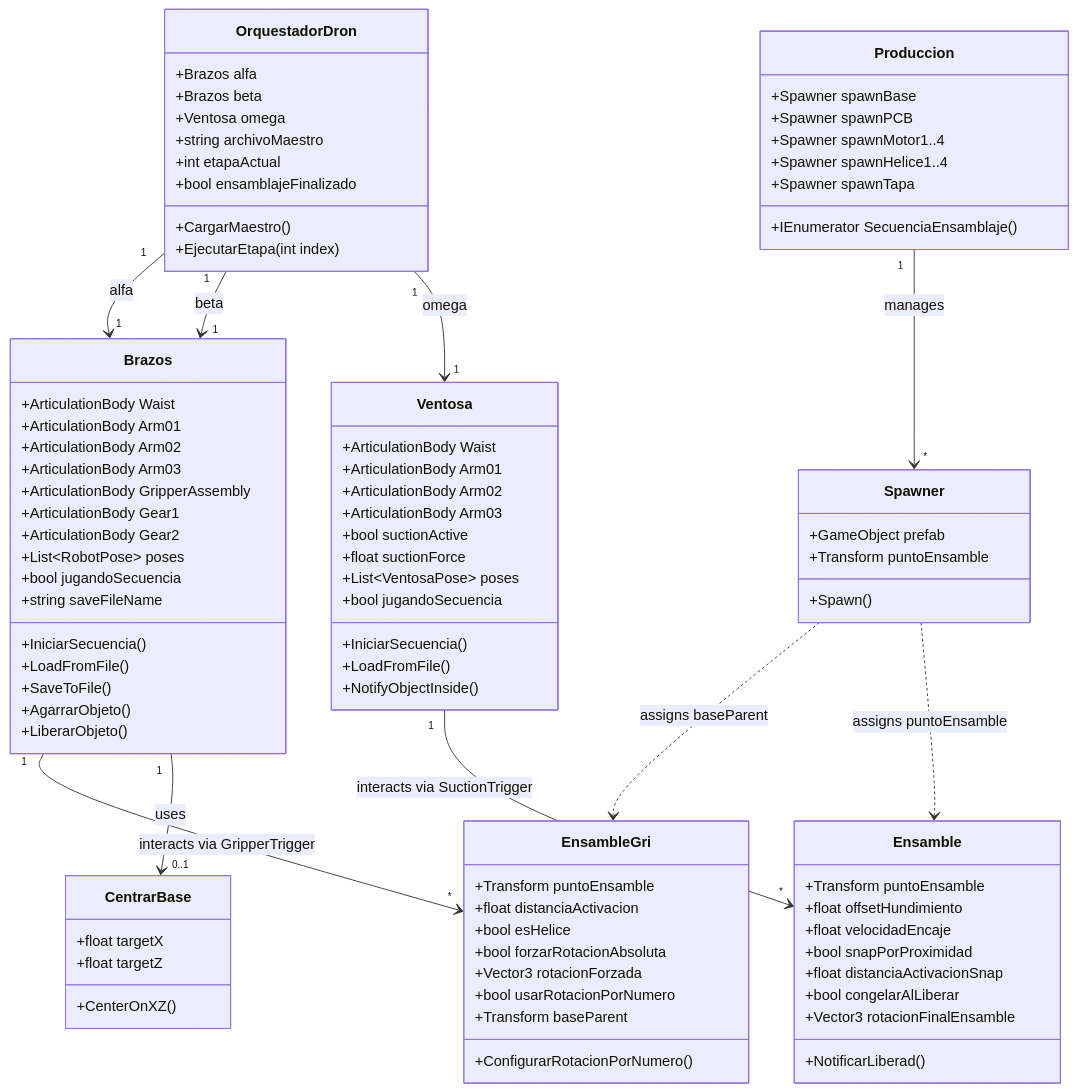
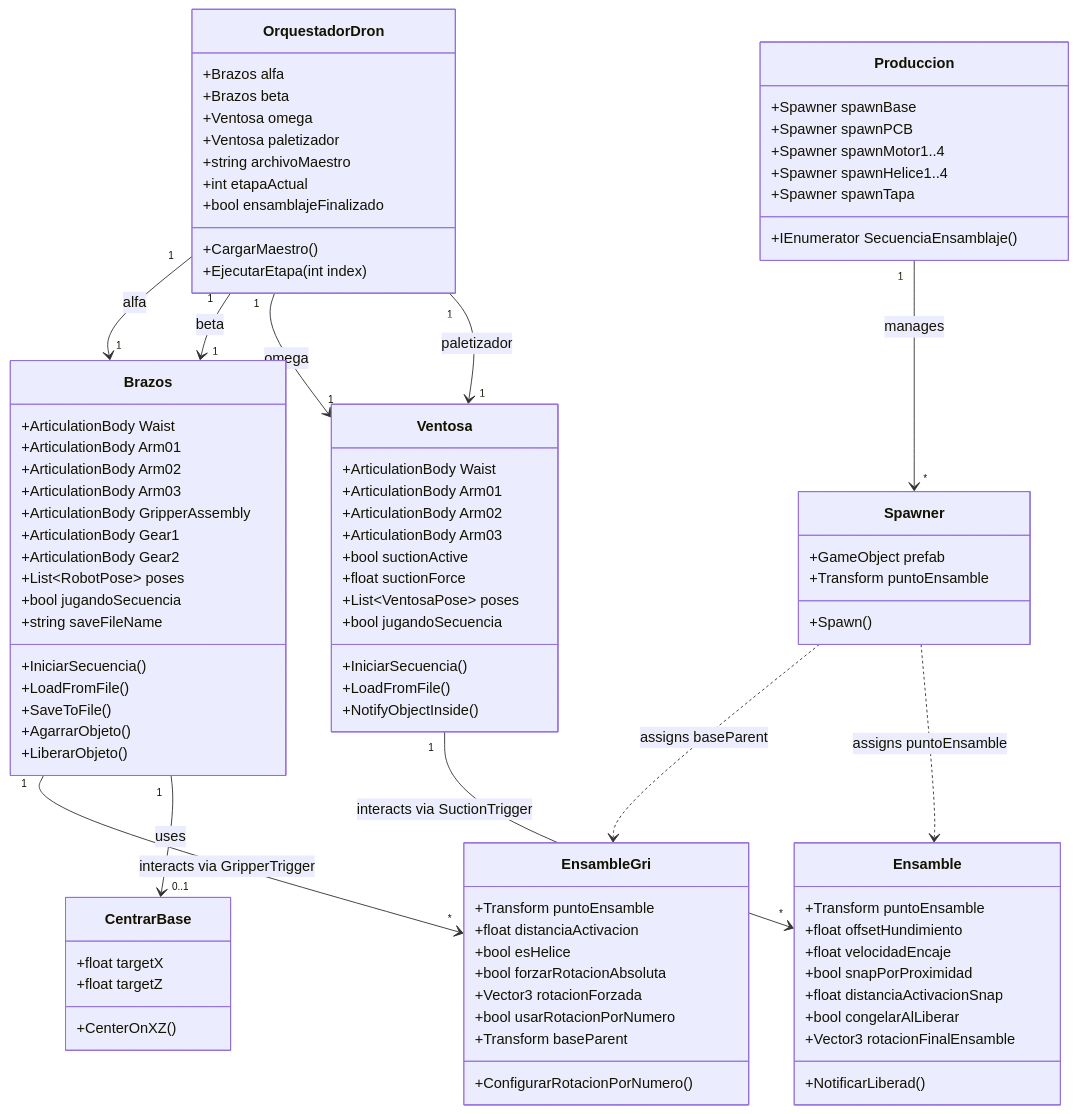
The third of 6 diagrams in README.md (jorgefajardom-coder/drone-packaging-simulation-unity), drawn with Mermaid before and after one commit. The commit also changed other lines of this file, not shown here.

```diff
--- a/README.md
+++ b/README.md
@@ -210,6 +276,7 @@
         +Brazos alfa
         +Brazos beta
         +Ventosa omega
+        +Ventosa paletizador
         +string archivoMaestro
         +int etapaActual
         +bool ensamblajeFinalizado
@@ -295,6 +362,7 @@
     OrquestadorDron "1" --> "1" Brazos : alfa
     OrquestadorDron "1" --> "1" Brazos : beta
     OrquestadorDron "1" --> "1" Ventosa : omega
+    OrquestadorDron "1" --> "1" Ventosa : paletizador
     Brazos "1" --> "*" EnsambleGri : interacts via GripperTrigger
     Ventosa "1" --> "*" Ensamble : interacts via SuctionTrigger
     Brazos "1" --> "0..1" CentrarBase : uses
```
